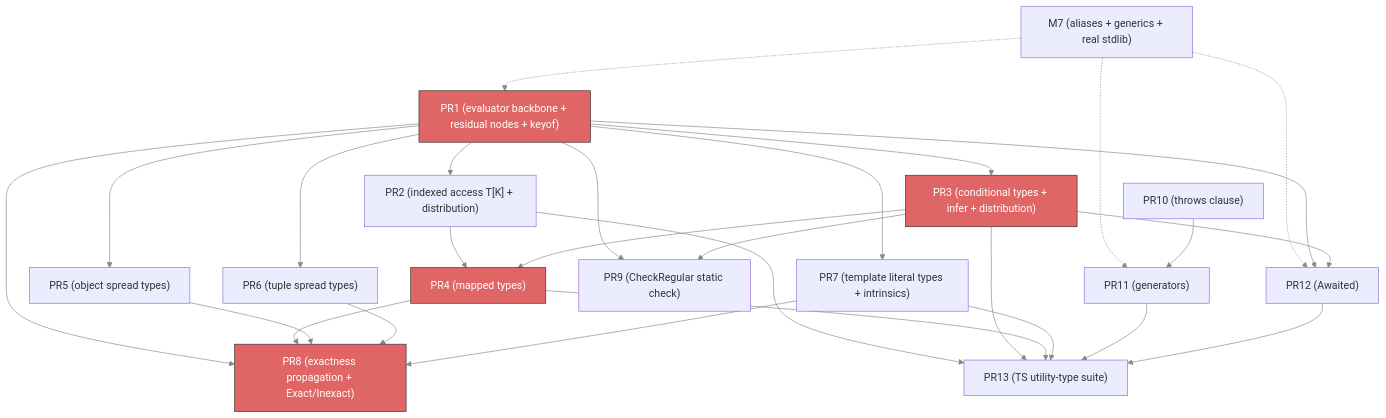
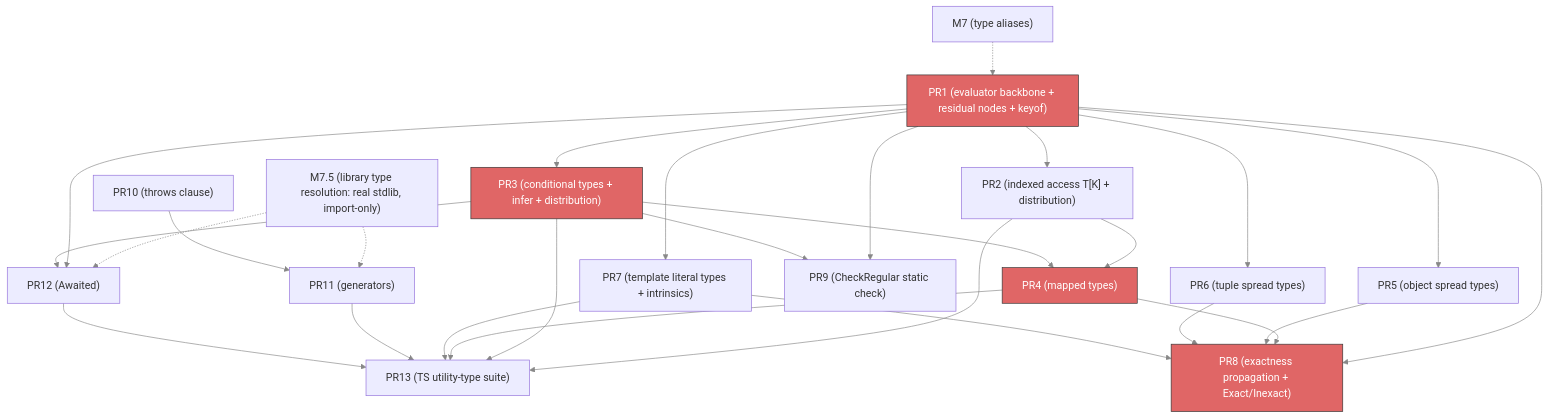
The diagram in planning/simple_sub/m9-implementation-plan.md (escalier-lang/escalier), drawn with Mermaid before and after one commit. The commit also changed other lines of this file and 1 other file, not shown here.

````diff
--- a/planning/simple_sub/m9-implementation-plan.md
+++ b/planning/simple_sub/m9-implementation-plan.md
@@ -470,51 +476,52 @@
 ```mermaid
 graph TD
-    M7["M7 (aliases + generics + real stdlib)"]
+    M7["M7 (type aliases)"]
+    M75["M7.5 (library type resolution: real stdlib, import-only)"]
     PR1["PR1 (evaluator backbone + residual nodes + keyof)"]
     PR2["PR2 (indexed access T[K] + distribution)"]
     PR3["PR3 (conditional types + infer + distribution)"]
     PR4["PR4 (mapped types)"]
     PR5["PR5 (object spread types)"]
     PR6["PR6 (tuple spread types)"]
     PR7["PR7 (template literal types + intrinsics)"]
     PR8["PR8 (exactness propagation + Exact/Inexact)"]
     PR9["PR9 (CheckRegular static check)"]
     PR10["PR10 (throws clause)"]
     PR11["PR11 (generators)"]
     PR12["PR12 (Awaited<T>)"]
     PR13["PR13 (TS utility-type suite)"]
 
     M7 -.-> PR1
-    M7 -.-> PR11
-    M7 -.-> PR12
+    M75 -.-> PR11
+    M75 -.-> PR12
 
     PR1 --> PR2
     PR1 --> PR3
     PR1 --> PR5
     PR1 --> PR6
     PR1 --> PR7
     PR1 --> PR8
     PR1 --> PR9
     PR1 --> PR12
     PR2 --> PR4
     PR2 --> PR13
     PR3 --> PR4
     PR3 --> PR9
     PR3 --> PR12
     PR3 --> PR13
     PR4 --> PR8
     PR4 --> PR13
     PR5 --> PR8
     PR6 --> PR8
     PR7 --> PR8
     PR7 --> PR13
     PR10 --> PR11
     PR11 --> PR13
     PR12 --> PR13
 
     linkStyle default stroke:#888
     style PR1 fill:#e06666,stroke:#333,color:#fff
     style PR3 fill:#e06666,stroke:#333,color:#fff
     style PR4 fill:#e06666,stroke:#333,color:#fff
     style PR8 fill:#e06666,stroke:#333,color:#fff
 ```
````
